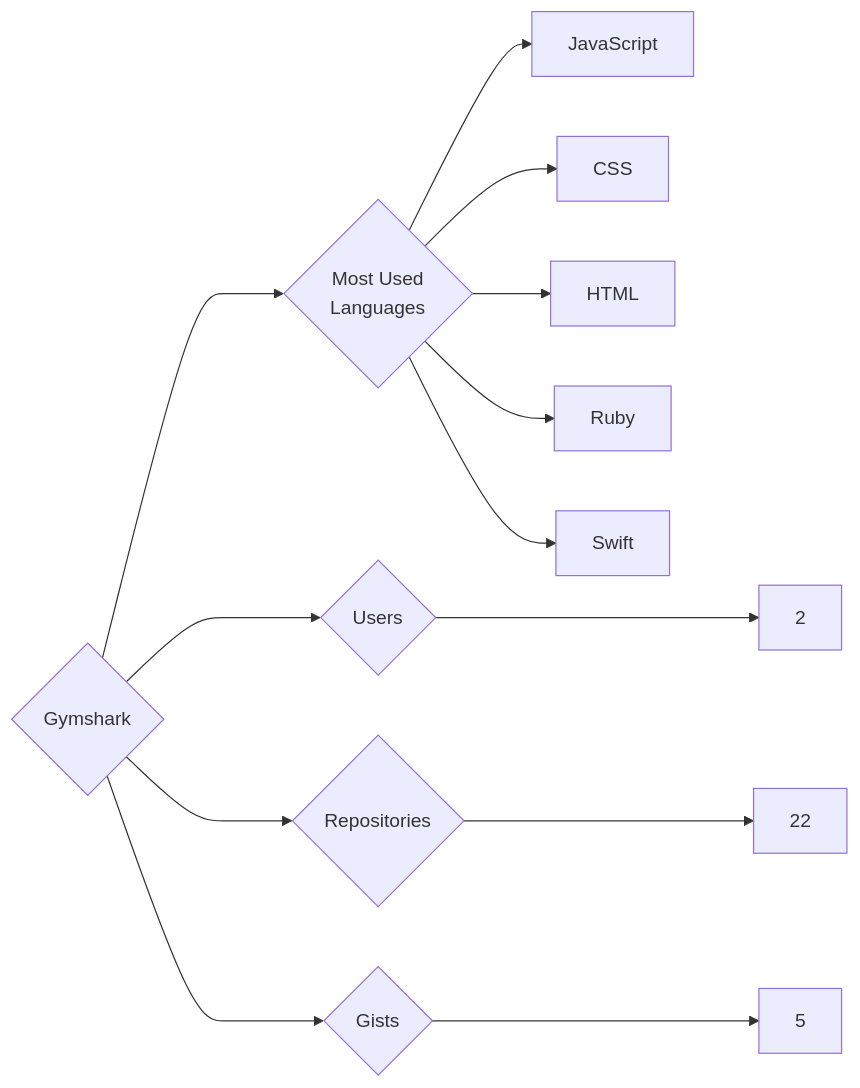
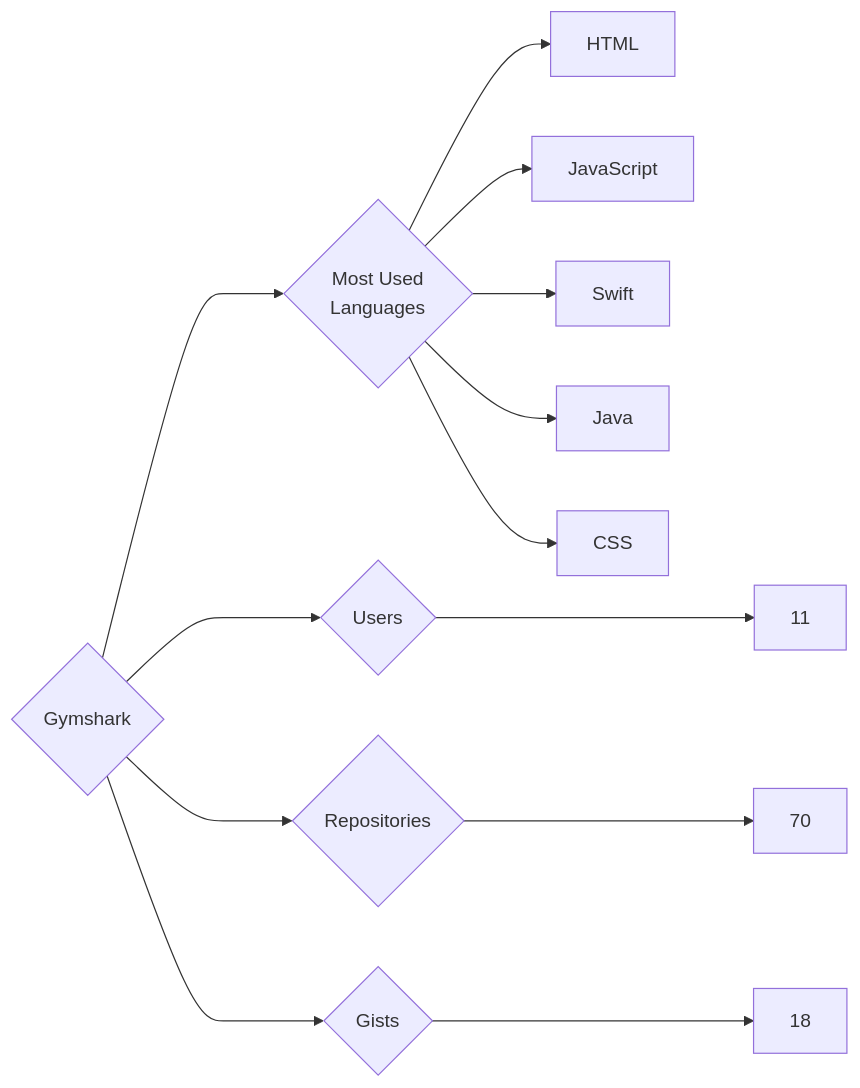
One commit to trickest/insiders changed the diagram in targets/Gymshark/README.md. Above: the diagram before and after it, drawn with Mermaid. The commit also changed 679 other files, not shown here.

````diff
--- a/targets/Gymshark/README.md
+++ b/targets/Gymshark/README.md
@@ -3,13 +3,13 @@
 ```mermaid
 graph LR
 COMPANY_NAME{Gymshark}
-COMPANY_NAME ---> U{Users} ---> UN[2]
-COMPANY_NAME ---> R{Repositories} ---> RN[22]
-COMPANY_NAME ---> G{Gists} ---> GN[5]
+COMPANY_NAME ---> U{Users} ---> UN[11]
+COMPANY_NAME ---> R{Repositories} ---> RN[70]
+COMPANY_NAME ---> G{Gists} ---> GN[18]
 COMPANY_NAME ---> ML{Most Used<br>Languages}
+ML --> HTML[HTML]
 ML --> JavaScript[JavaScript]
+ML --> Swift[Swift]
+ML --> Java[Java]
 ML --> CSS[CSS]
-ML --> HTML[HTML]
-ML --> Ruby[Ruby]
-ML --> Swift[Swift]
 ```
````
